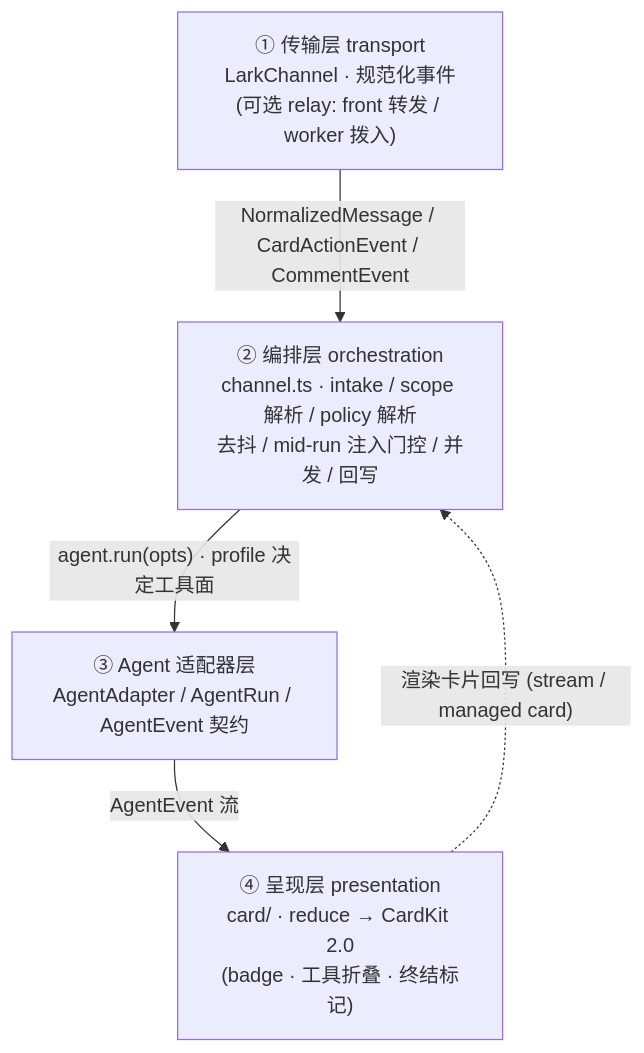
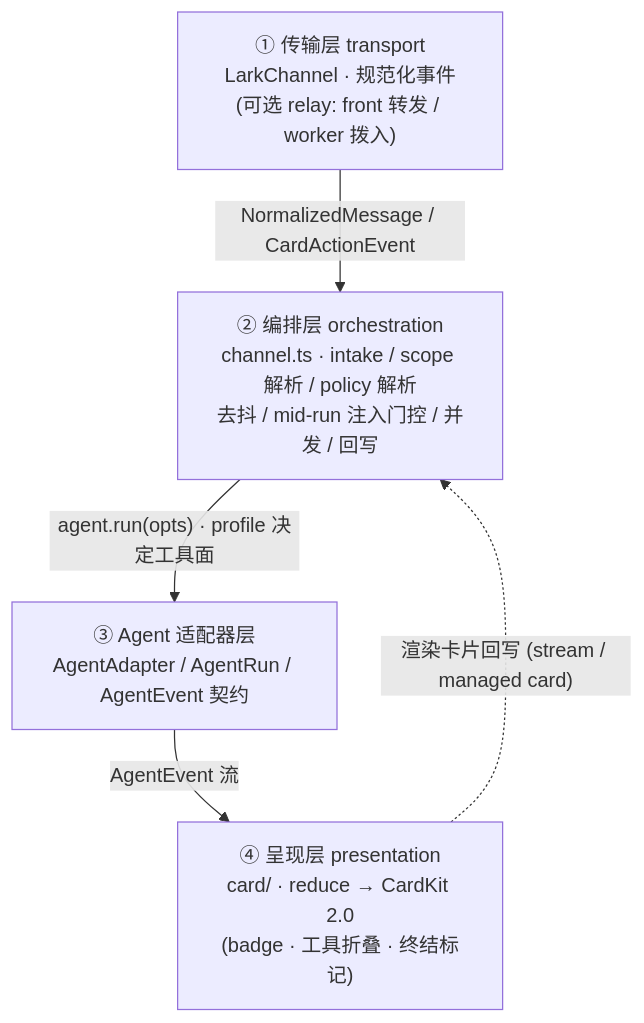
One commit to sorphwer/feishu-omp-bridge changed the first of 4 diagrams in how-it-works/01-overview-and-architecture.md. Above: the diagram before and after it, drawn with Mermaid. The commit also changed other lines of this file and 15 other files, not shown here.

````diff
--- a/how-it-works/01-overview-and-architecture.md
+++ b/how-it-works/01-overview-and-architecture.md
@@ -15,11 +15,11 @@
 ```mermaid
 flowchart TD
   T["① 传输层 transport<br/>LarkChannel · 规范化事件<br/>(可选 relay: front 转发 / worker 拨入)"]
   O["② 编排层 orchestration<br/>channel.ts · intake / scope 解析 / policy 解析<br/>去抖 / mid-run 注入门控 / 并发 / 回写"]
   A["③ Agent 适配器层<br/>AgentAdapter / AgentRun / AgentEvent 契约"]
   P["④ 呈现层 presentation<br/>card/ · reduce → CardKit 2.0<br/>(badge · 工具折叠 · 终结标记)"]
-  T -->|"NormalizedMessage / CardActionEvent / CommentEvent"| O
+  T -->|"NormalizedMessage / CardActionEvent"| O
   O -->|"agent.run(opts) · profile 决定工具面"| A
   A -->|"AgentEvent 流"| P
   P -.->|"渲染卡片回写 (stream / managed card)"| O
 ```
````
